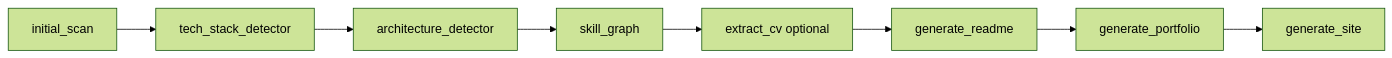
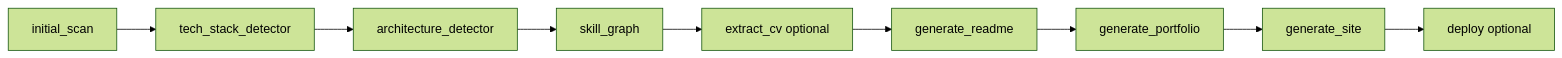
One commit to joel767443/joel767443 changed the diagram in README.md. Above: the diagram before and after it, drawn with Mermaid (forest theme). The commit also changed other lines of this file, not shown here.

Commit message:
Update README to reflect changes in output filenames and add deployment instructions for the new deploy script.

````diff
--- a/README.md
+++ b/README.md
@@ -60,10 +60,11 @@
 ```mermaid
 flowchart LR
   A[initial_scan] --> B[tech_stack_detector]
   B --> C[architecture_detector]
   C --> D[skill_graph]
   D --> E[extract_cv optional]
   E --> F[generate_readme]
   F --> G[generate_portfolio]
   G --> H[generate_site]
+  H --> I[deploy optional]
 ```
````
